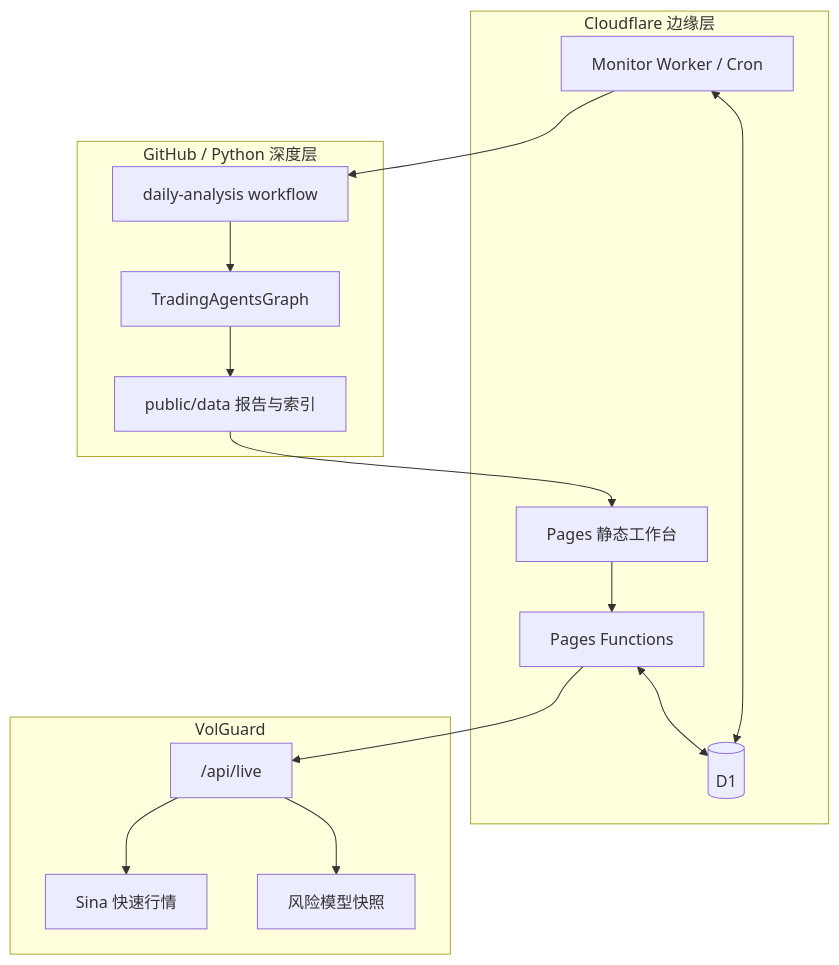
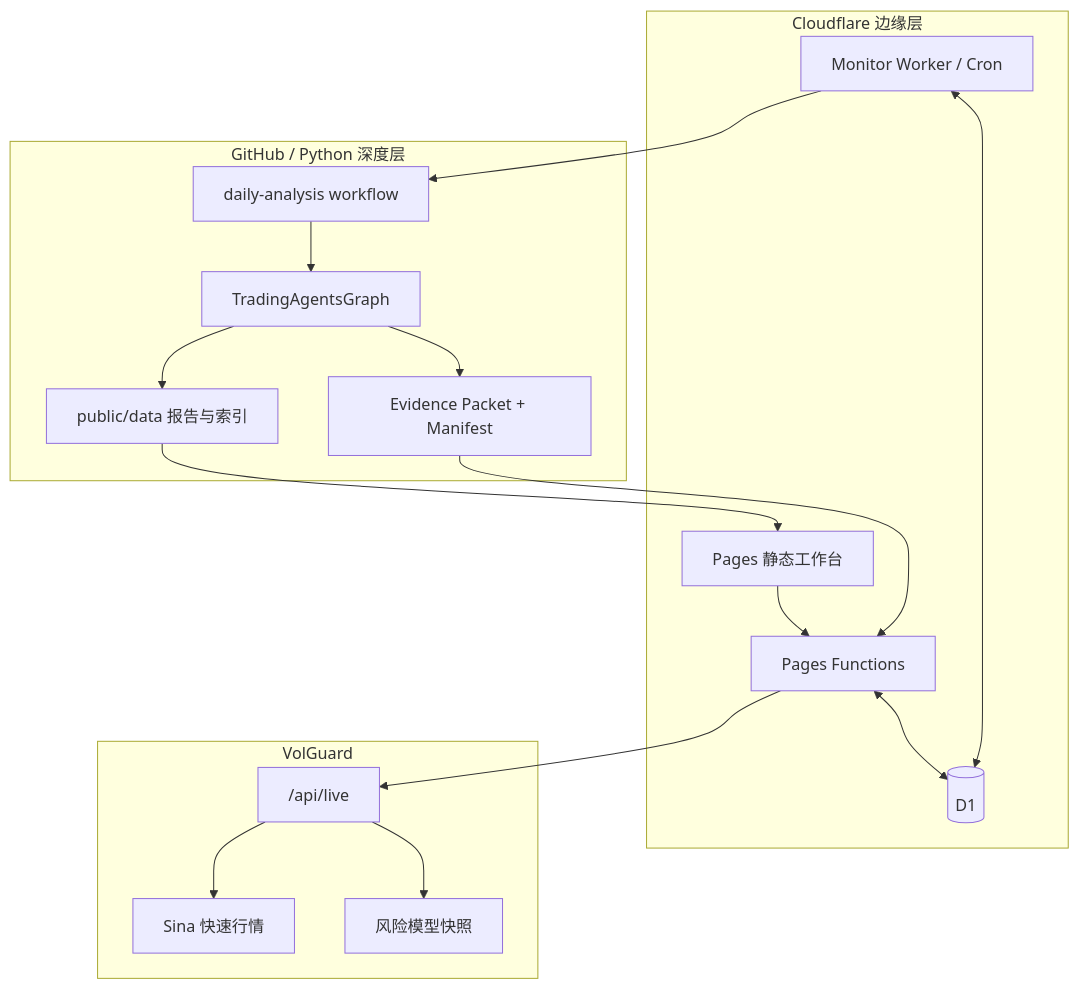
The first of 6 diagrams in docs/architecture-and-data-flows.md (gaaiyun/TradingWorkbench), drawn with Mermaid before and after one commit. The commit also changed other lines of this file and 10 other files, not shown here.

````diff
--- a/docs/architecture-and-data-flows.md
+++ b/docs/architecture-and-data-flows.md
@@ -19,30 +19,32 @@
 ```mermaid
 flowchart TB
     subgraph Edge["Cloudflare 边缘层"]
         UI["Pages 静态工作台"]
         API["Pages Functions"]
         CRON["Monitor Worker / Cron"]
         D1[("D1")]
     end
 
     subgraph Research["GitHub / Python 深度层"]
         WF["daily-analysis workflow"]
         TA["TradingAgentsGraph"]
         REP["public/data 报告与索引"]
+        EV["Evidence Packet + Manifest"]
     end
 
     subgraph Options["VolGuard"]
         LIVE["/api/live"]
         FAST["Sina 快速行情"]
         SLOW["风险模型快照"]
     end
 
     UI --> API
     API <--> D1
     CRON <--> D1
     CRON --> WF
     WF --> TA --> REP --> UI
+    TA --> EV --> API
     API --> LIVE
     LIVE --> FAST
     LIVE --> SLOW
 ```
````
